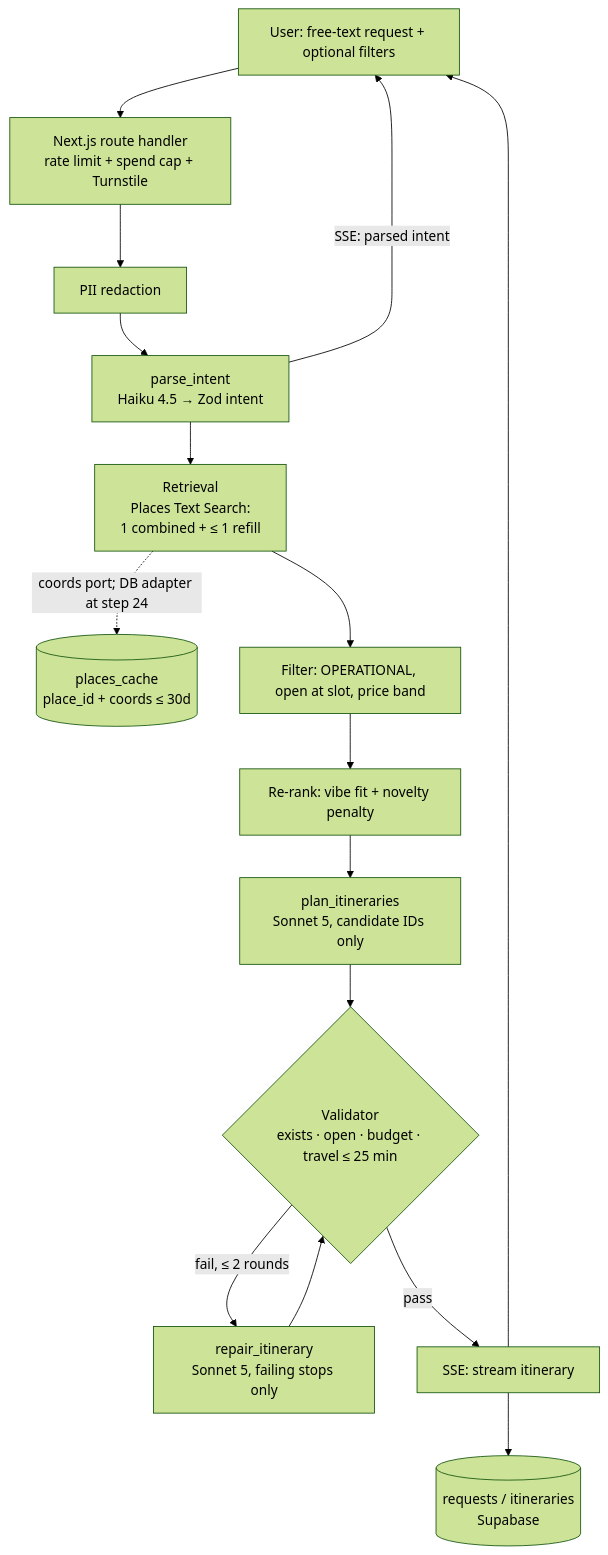
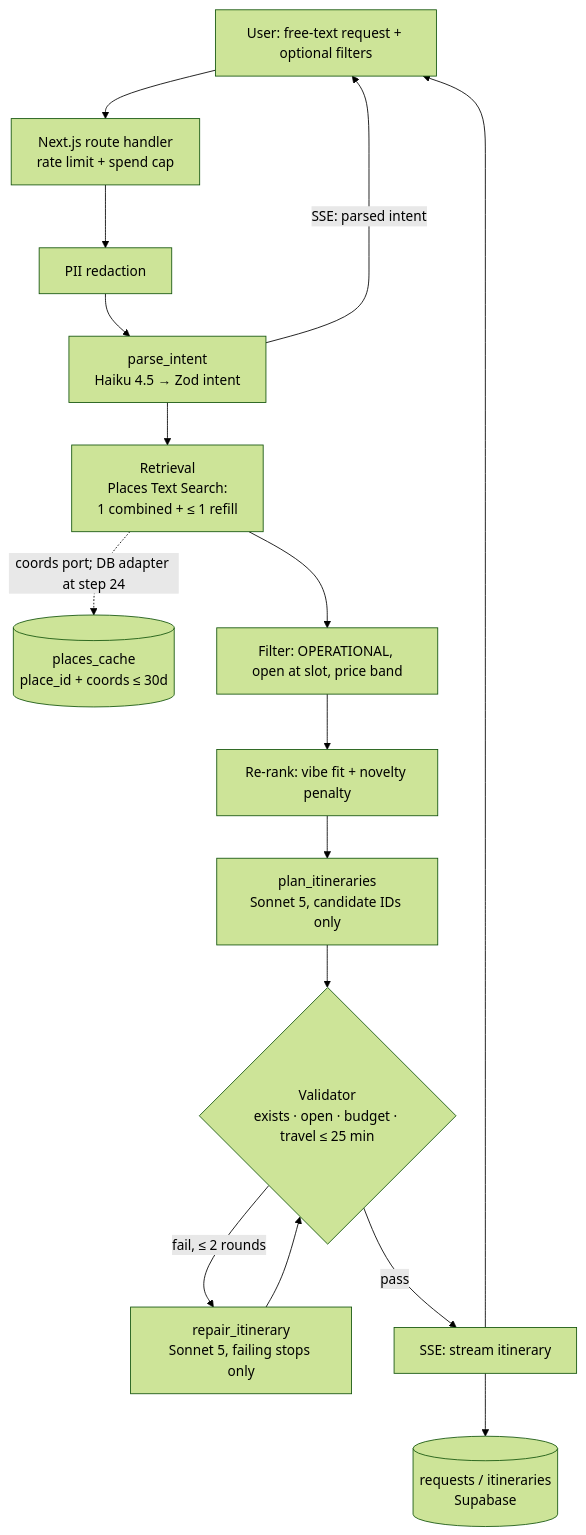
The first of 2 diagrams in docs/architecture.md (EvaUnit09/NightCap), drawn with Mermaid (forest theme) before and after one commit. The commit also changed 4 other files, not shown here.

````diff
--- a/docs/architecture.md
+++ b/docs/architecture.md
@@ -8,18 +8,18 @@
 ```mermaid
 flowchart TD
-    U[User: free-text request + optional filters] --> API[Next.js route handler<br/>rate limit + spend cap + Turnstile]
+    U[User: free-text request + optional filters] --> API[Next.js route handler<br/>rate limit + spend cap]
     API --> RED[PII redaction]
     RED --> P1[parse_intent<br/>Haiku 4.5 → Zod intent]
     P1 -->|SSE: parsed intent| U
     P1 --> R[Retrieval<br/>Places Text Search:<br/>1 combined + ≤ 1 refill]
     R -.->|coords port; DB adapter at step 24| C[(places_cache<br/>place_id + coords ≤ 30d)]
     R --> F[Filter: OPERATIONAL, open at slot, price band]
     F --> RR[Re-rank: vibe fit + novelty penalty]
     RR --> P2[plan_itineraries<br/>Sonnet 5, candidate IDs only]
     P2 --> V{Validator<br/>exists · open · budget · travel ≤ 25 min}
     V -->|fail, ≤ 2 rounds| P3[repair_itinerary<br/>Sonnet 5, failing stops only]
     P3 --> V
     V -->|pass| S[SSE: stream itinerary]
     S --> U
     S --> DB[(requests / itineraries<br/>Supabase)]
 ```
````
